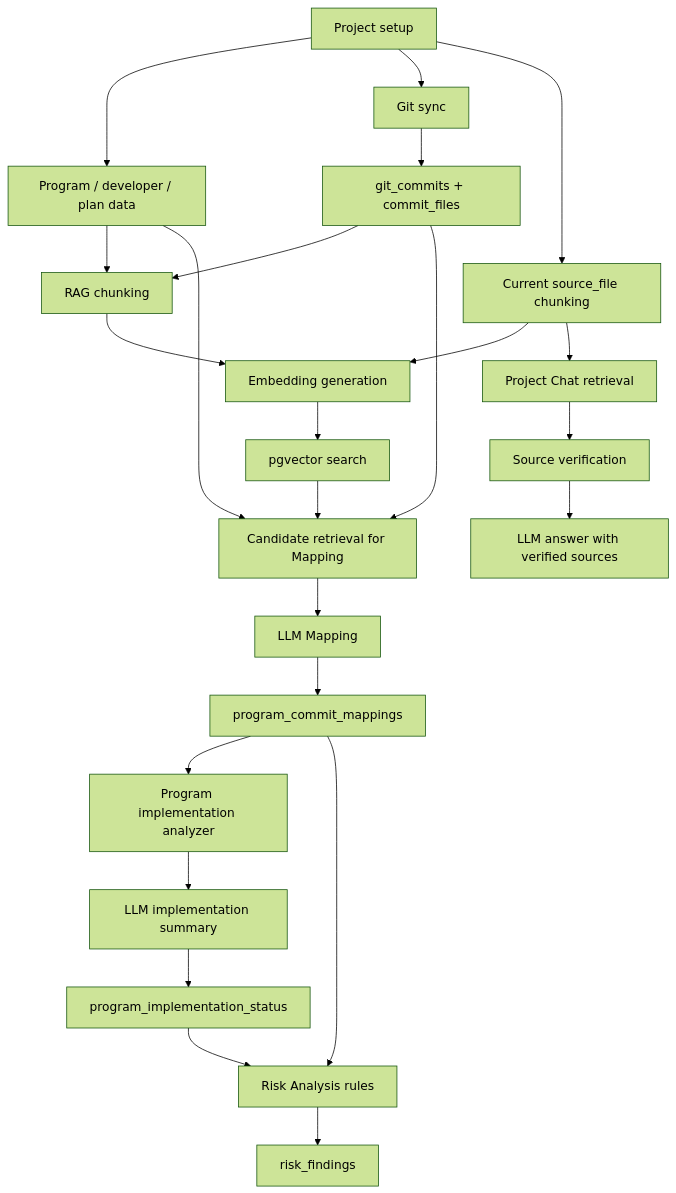
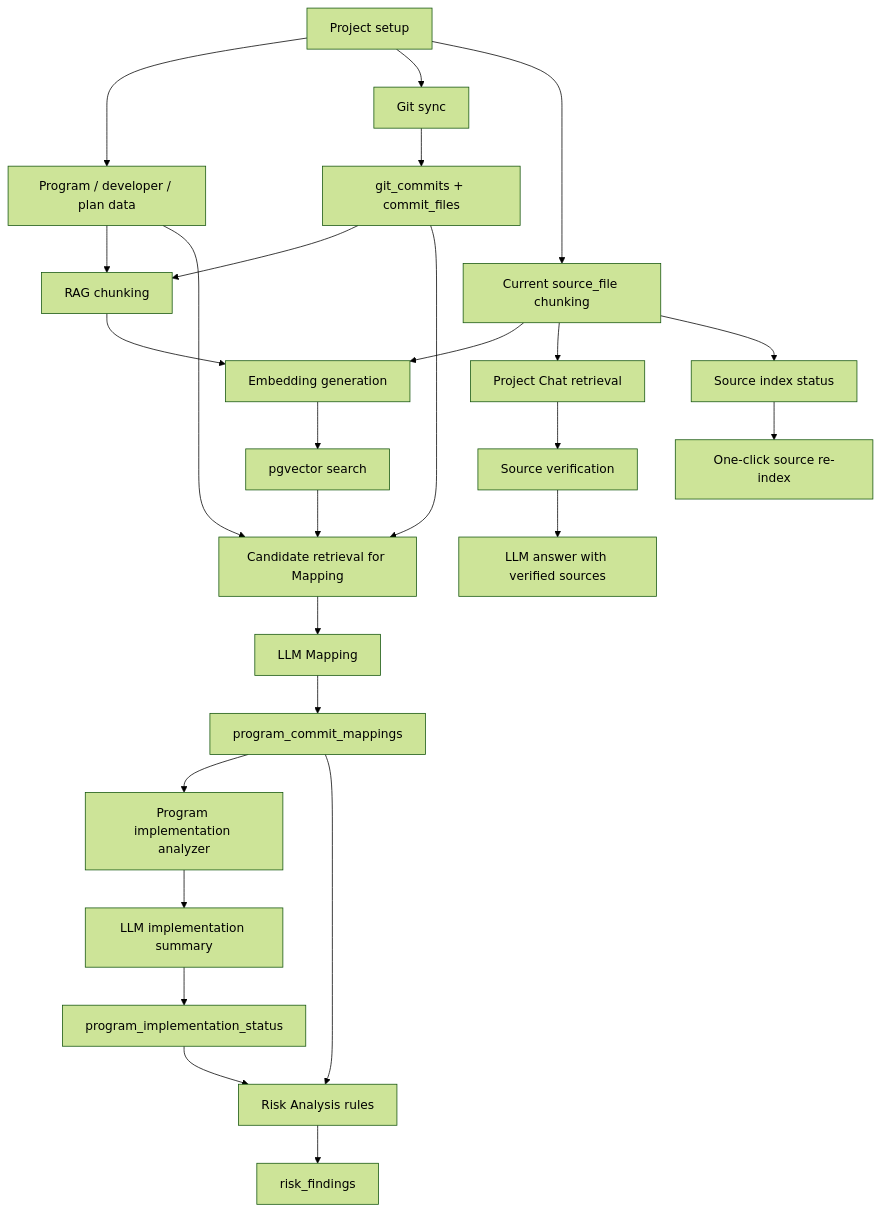
The diagram in docs/ai-technical-overview.md (ino5/ai-commit-advisor-26), drawn with Mermaid (forest theme) before and after one commit. The commit also changed other lines of this file and 8 other files, not shown here.

Commit message:
Add source index refresh status

````diff
--- a/docs/ai-technical-overview.md
+++ b/docs/ai-technical-overview.md
@@ -24,26 +24,28 @@
 ```mermaid
 flowchart TD
     A["Project setup"] --> B["Program / developer / plan data"]
     A --> C["Git sync"]
     C --> D["git_commits + commit_files"]
     B --> E["RAG chunking"]
     D --> E
     A --> SF["Current source_file chunking"]
     E --> V["Embedding generation"]
     SF --> V
     V --> VS["pgvector search"]
     VS --> M["Candidate retrieval for Mapping"]
     D --> M
     B --> M
     M --> LLM1["LLM Mapping"]
     LLM1 --> PM["program_commit_mappings"]
     PM --> PI["Program implementation analyzer"]
     PI --> LLM2["LLM implementation summary"]
     LLM2 --> PS["program_implementation_status"]
     PM --> RA["Risk Analysis rules"]
     PS --> RA
     RA --> RF["risk_findings"]
     SF --> PC["Project Chat retrieval"]
+    SF --> SI["Source index status"]
     PC --> SV["Source verification"]
     SV --> LLM3["LLM answer with verified sources"]
+    SI --> RI["One-click source re-index"]
 ```
````
